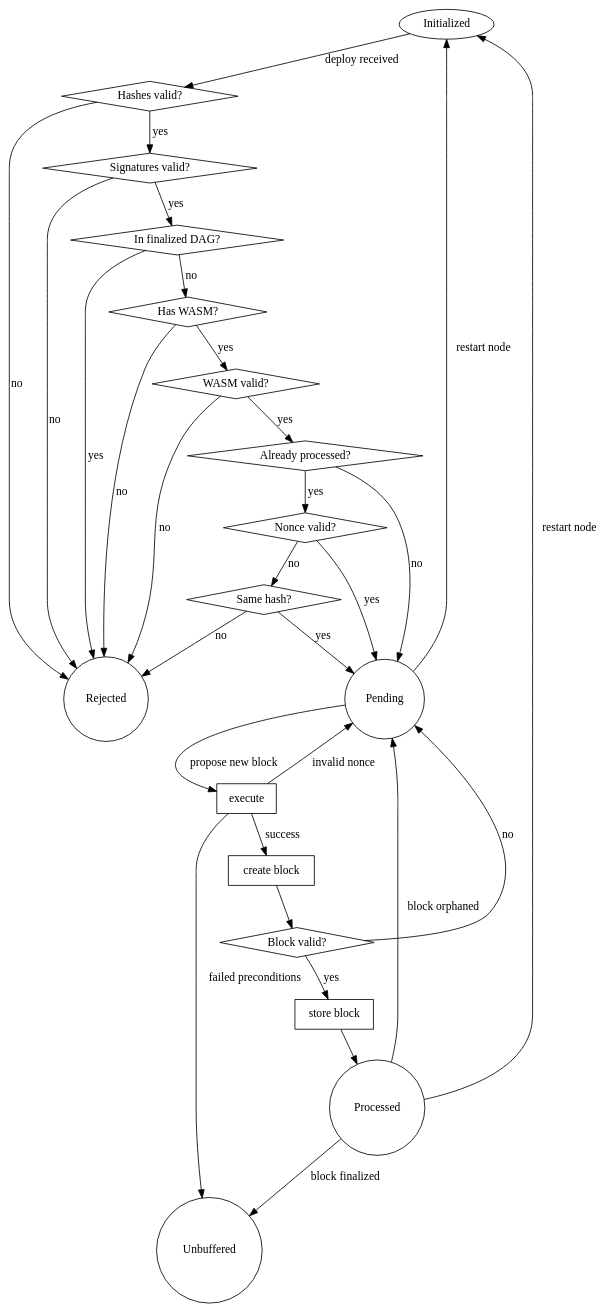
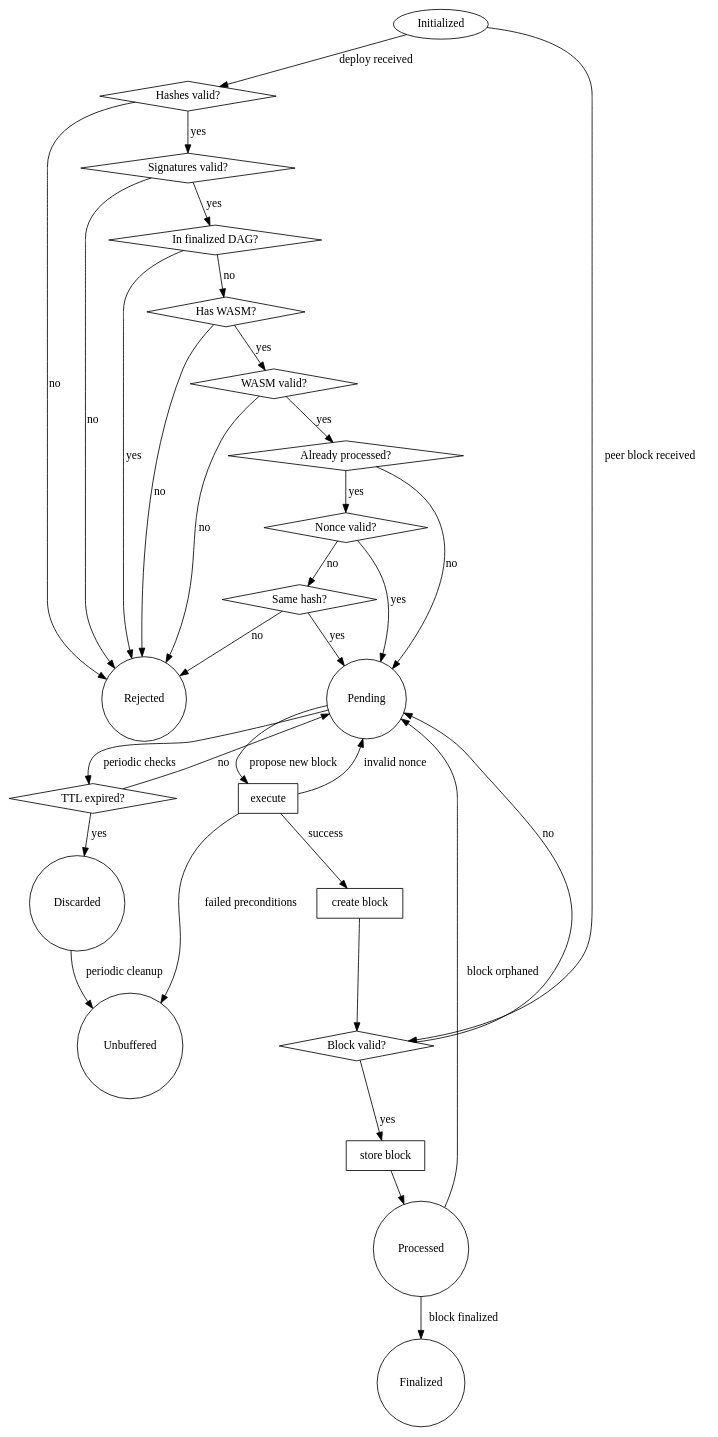
The diagram in casper/src/main/scala/io/casperlabs/casper/deploybuffer/deploys_processing.gv (sacherjj/CasperLabs), drawn with Graphviz before and after one commit. The commit also changed 1 other file, not shown here.

Commit message:
NODE-665: Update spec

```diff
--- a/casper/src/main/scala/io/casperlabs/casper/deploybuffer/deploys_processing.gv
+++ b/casper/src/main/scala/io/casperlabs/casper/deploybuffer/deploys_processing.gv
@@ -1,70 +1,77 @@
 digraph deploy_processing_finite_state_machine {
 /*
     For visualisation install the Graphviz package: https://www.graphviz.org
     Compile to image using the example command: dot -Gdpi=100 -Tjpeg -o deploys.jpeg deploys_processing_fsm.gv
 
     Don't forget to update the docs/deploys_processing.svg on change
 */
 	initialized[shape="ellipse" label="Initialized"];
 	rejected[shape="circle" label="Rejected"];
 	check_hashes[shape="diamond" label="Hashes valid?"];
 	check_signatures[shape="diamond" label="Signatures valid?"];
 	check_preexistence[shape="diamond" label="In finalized DAG?"];
 	check_session_and_payment_code[shape="diamond" label="Has WASM?"];
 	check_nonce_step_one[shape="diamond" label="Already processed?"]
 	check_nonce_step_two[shape="diamond" label="Nonce valid?"]
-    check_nonce_step_three[shape="diamond" label="Same hash?"];
+	check_nonce_step_three[shape="diamond" label="Same hash?"];
 	check_wasm[shape="diamond" label="WASM valid?"];
+	check_ttl[shape="diamond" label="TTL expired?"];
 
 	pending[shape="circle" label="Pending"];
 	processed[shape="circle" label="Processed"];
+	finalized[shape="circle" label="Finalized"];
+	discarded[shape="circle" label="Discarded"];
 	deleted[shape="circle" label="Unbuffered"];
 
 	check_computation_result[shape="box" label="execute"];
-	valid_block[shape="diamond" label="Block valid?"];
+	check_block[shape="diamond" label="Block valid?"];
 	create_block[shape="box" label="create block"];
 	store_block[shape="box" label="store block"];
 
 	initialized -> check_hashes [label="deploy received"];
+	initialized -> check_block [label="peer block received"];
 
 	check_hashes -> check_signatures [label="yes"];
 	check_hashes -> rejected [label="no"];
 
 	check_signatures -> check_preexistence [label="yes"];
 	check_signatures -> rejected [label="no"];
 
 	check_preexistence -> check_session_and_payment_code [label="no"];
 	check_preexistence -> rejected [label="yes"];
 
 	check_session_and_payment_code -> check_wasm [label="yes"];
 	check_session_and_payment_code -> rejected [label="no"];
 
 	check_wasm -> check_nonce_step_one [label="yes"];
 	check_wasm -> rejected [label="no"];
 
 	check_nonce_step_one -> pending [label="no"];
 	check_nonce_step_one -> check_nonce_step_two [label="yes"];
 
 	check_nonce_step_two -> pending [label="yes"];
 	check_nonce_step_two -> check_nonce_step_three [label="no"];
 
-    check_nonce_step_three -> pending [label="yes"];
-    check_nonce_step_three -> rejected [label="no"];
+	check_nonce_step_three -> pending [label="yes"];
+	check_nonce_step_three -> rejected [label="no"];
 
 	pending -> check_computation_result [label="propose new block"];
+	pending -> check_ttl [label="periodic checks"];
+	check_ttl -> pending [label="no"];
+	check_ttl -> discarded [label="yes"];
+
+	discarded -> deleted [label="periodic cleanup"];
+
 	check_computation_result -> deleted [label="failed preconditions"];
 	check_computation_result -> pending [label="invalid nonce"];
 	check_computation_result -> create_block [label="success"];
 
-	create_block -> valid_block;
+	create_block -> check_block;
 
-	valid_block -> store_block [label="yes"];
-	valid_block -> pending [label="no"];
+	check_block -> store_block [label="yes"];
+	check_block -> pending [label="no"];
 
 	store_block -> processed;
 	processed -> pending [label="block orphaned"];
-	processed -> deleted [label="block finalized"];
-
-	pending -> initialized [label="restart node"];
-	processed -> initialized [label="restart node"];
+	processed -> finalized [label="block finalized"];
 }
```
